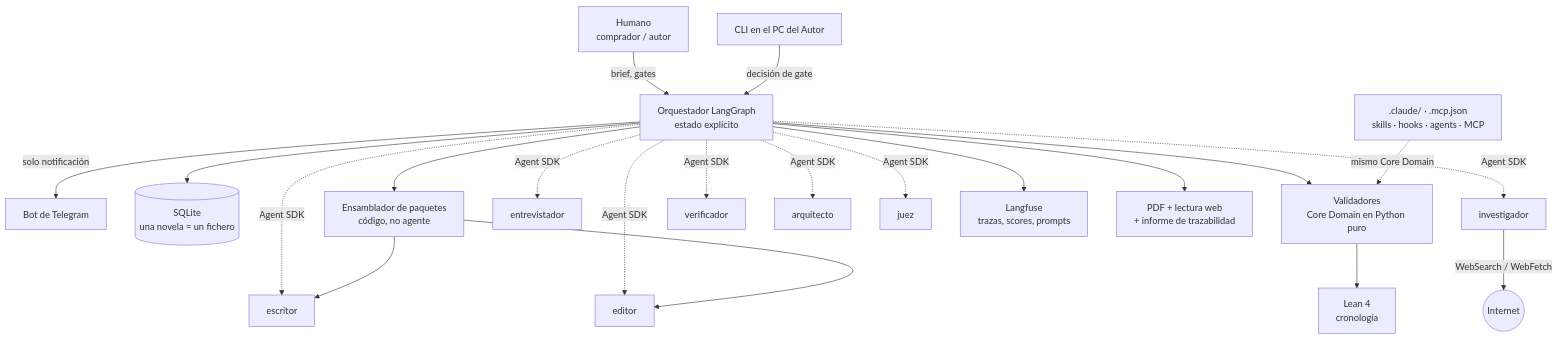
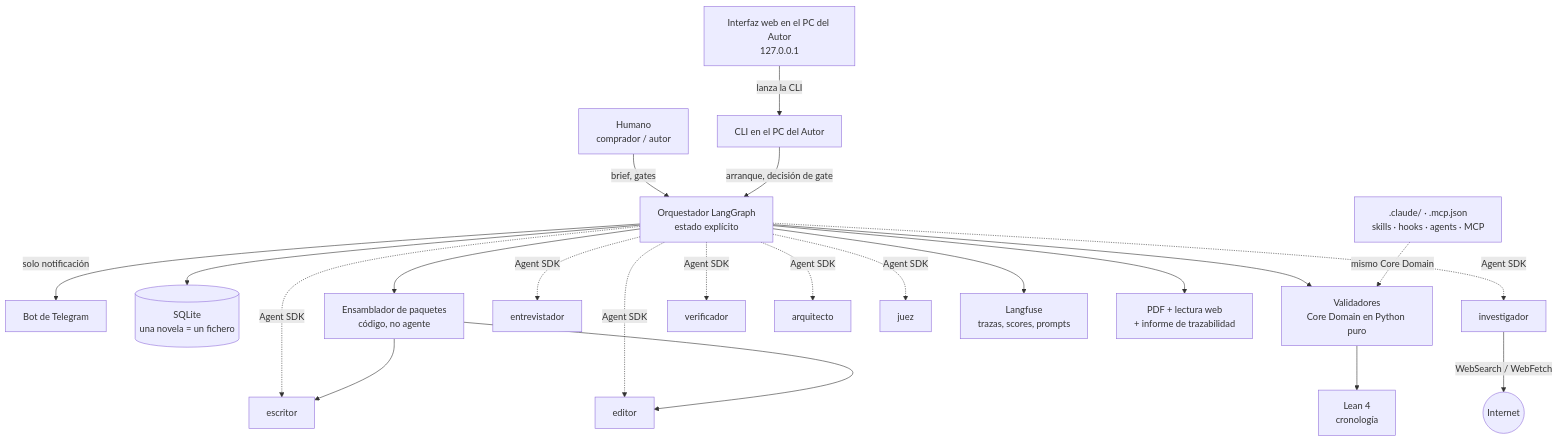
Before and after one commit to alberqq/StoryMaker: the first of 2 diagrams in docs/architecture.md, drawn with Mermaid. The commit also changed other lines of this file and 244 other files, not shown here.

````diff
--- a/docs/architecture.md
+++ b/docs/architecture.md
@@ -60,27 +61,28 @@
 ```mermaid
 graph TD
     H["Humano<br/>comprador / autor"] -->|brief, gates| ORQ
     ORQ -->|solo notificación| TG["Bot de Telegram"]
-    CLI["CLI en el PC del Autor"] -->|decisión de gate| ORQ
+    UI["Interfaz web en el PC del Autor<br/>127.0.0.1"] -->|lanza la CLI| CLI
+    CLI["CLI en el PC del Autor"] -->|arranque, decisión de gate| ORQ
     ORQ["Orquestador LangGraph<br/>estado explícito"] --> DB[("SQLite<br/>una novela = un fichero")]
     ORQ --> PK["Ensamblador de paquetes<br/>código, no agente"]
     ORQ --> VAL["Validadores<br/>Core Domain en Python puro"]
     VAL --> LEAN["Lean 4<br/>cronología"]
 
     ORQ -. "Agent SDK" .-> A1["entrevistador"]
     ORQ -. "Agent SDK" .-> A2["investigador"]
     ORQ -. "Agent SDK" .-> A2B["verificador"]
     ORQ -. "Agent SDK" .-> A3["arquitecto"]
     ORQ -. "Agent SDK" .-> A4["escritor"]
     ORQ -. "Agent SDK" .-> A5["editor"]
     ORQ -. "Agent SDK" .-> A6["juez"]
 
     PK --> A4
     PK --> A5
     A2 -->|WebSearch / WebFetch| NET(("Internet"))
 
     ORQ --> LF["Langfuse<br/>trazas, scores, prompts"]
     ORQ --> OUT["PDF + lectura web<br/>+ informe de trazabilidad"]
 
     CC[".claude/ · .mcp.json<br/>skills · hooks · agents · MCP"] -. "mismo Core Domain" .-> VAL
 ```
````
